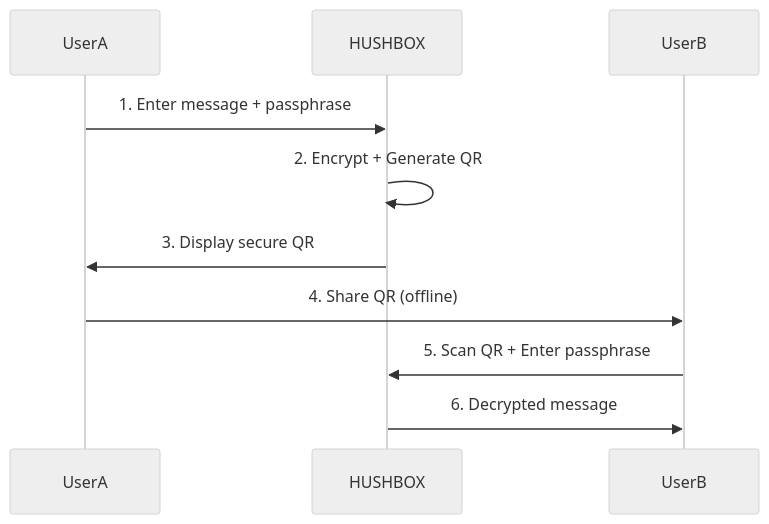
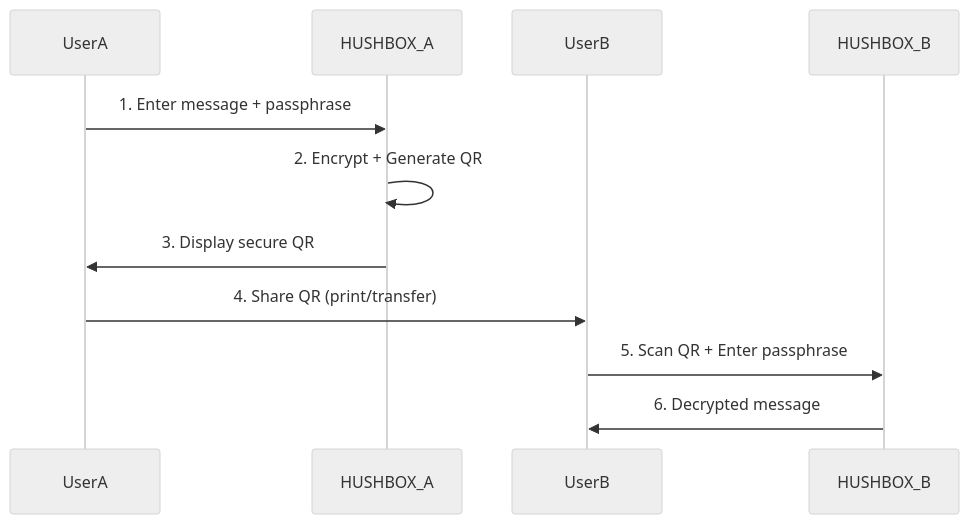
Before and after one commit to MPetovick/HUSHBOX: the fourth of 8 diagrams in README.md, drawn with Mermaid (neutral theme). The commit also changed other lines of this file, not shown here.

````diff
--- a/README.md
+++ b/README.md
@@ -155,13 +148,14 @@
 ```mermaid
 sequenceDiagram
     participant UserA
-    participant HUSHBOX
+    participant HUSHBOX_A
     participant UserB
+    participant HUSHBOX_B
 
-    UserA->>HUSHBOX: 1. Enter message + passphrase
-    HUSHBOX->>HUSHBOX: 2. Encrypt + Generate QR
-    HUSHBOX->>UserA: 3. Display secure QR
-    UserA->>UserB: 4. Share QR (offline)
-    UserB->>HUSHBOX: 5. Scan QR + Enter passphrase
-    HUSHBOX->>UserB: 6. Decrypted message
+    UserA->>HUSHBOX_A: 1. Enter message + passphrase
+    HUSHBOX_A->>HUSHBOX_A: 2. Encrypt + Generate QR
+    HUSHBOX_A->>UserA: 3. Display secure QR
+    UserA->>UserB: 4. Share QR (print/transfer)
+    UserB->>HUSHBOX_B: 5. Scan QR + Enter passphrase
+    HUSHBOX_B->>UserB: 6. Decrypted message
 ```
````
